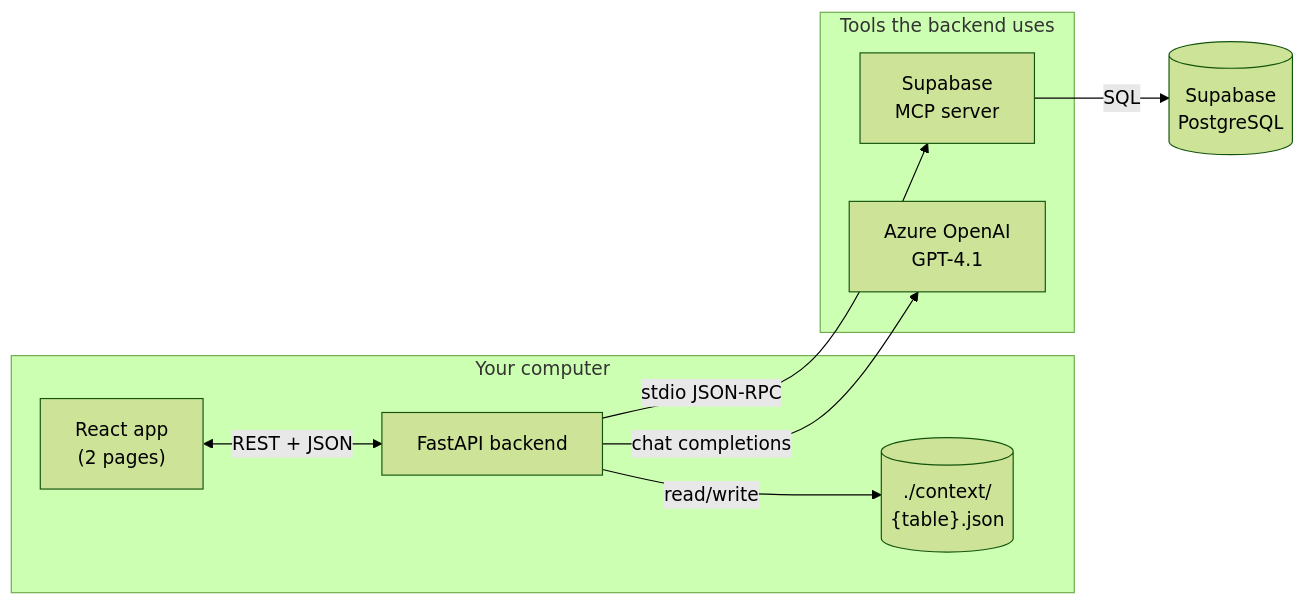
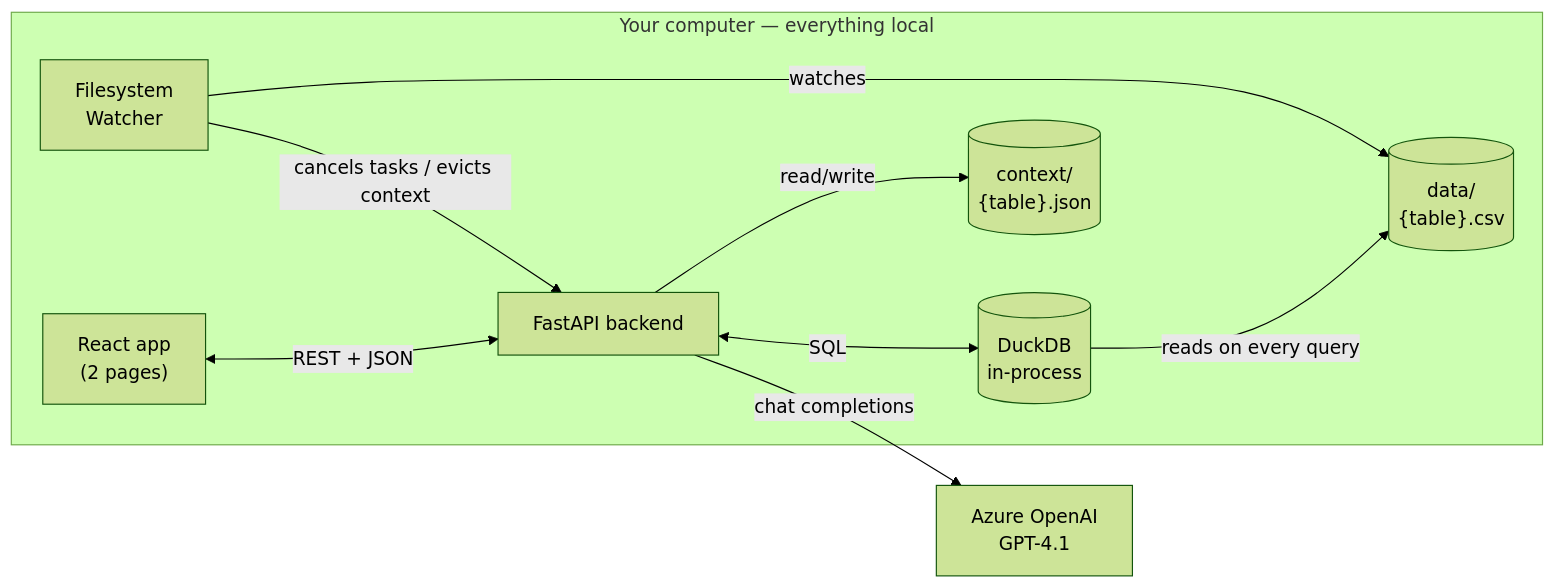
The first of 5 diagrams in README.md (devangsharma-igna/csv-agent), drawn with Mermaid (forest theme) before and after one commit. The commit also changed other lines of this file and 19 other files, not shown here.

````diff
--- a/README.md
+++ b/README.md
@@ -35,21 +36,21 @@
 ```mermaid
 flowchart LR
-    subgraph "Your computer"
-        FE["React app<br/>(2 pages)"]
+    subgraph "Your computer — everything local"
+        FE["React app\n(2 pages)"]
         BE["FastAPI backend"]
-        Ctx[("./context/<br/>{table}.json")]
+        DDB[("DuckDB\nin-process")]
+        CSVs[("data/\n{table}.csv")]
+        Ctx[("context/\n{table}.json")]
+        W["Filesystem\nWatcher"]
+
         FE <-->|REST + JSON| BE
+        BE <-->|SQL| DDB
+        DDB -->|reads on every query| CSVs
         BE -->|read/write| Ctx
+        W -->|watches| CSVs
+        W -->|cancels tasks / evicts context| BE
     end
 
-    subgraph "Tools the backend uses"
-        MCP["Supabase<br/>MCP server"]
-        LLM["Azure OpenAI<br/>GPT-4.1"]
-    end
-
-    DB[("Supabase<br/>PostgreSQL")]
-
-    BE -->|stdio JSON-RPC| MCP
-    MCP -->|SQL| DB
+    LLM["Azure OpenAI\nGPT-4.1"]
     BE -->|chat completions| LLM
 ```
````
